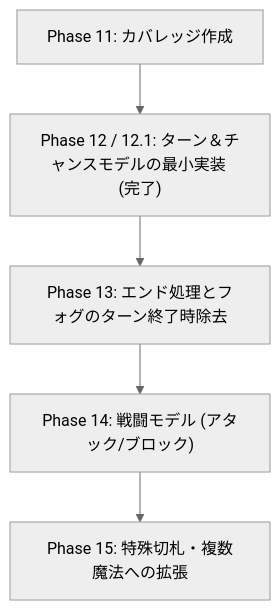
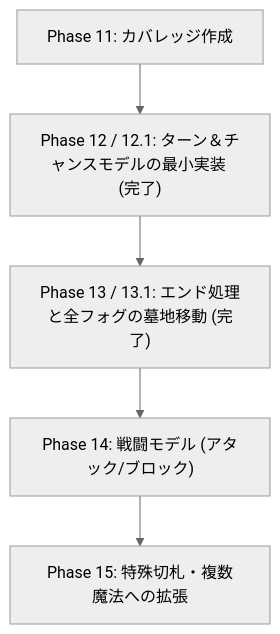
One commit to BlackPoker/BlackPoker changed the diagram in tools/simulator/docs/rules-vnext-coverage.md. Above: the diagram before and after it, drawn with Mermaid (neutral theme). The commit also changed other lines of this file and 5 other files, not shown here.

````diff
--- a/tools/simulator/docs/rules-vnext-coverage.md
+++ b/tools/simulator/docs/rules-vnext-coverage.md
@@ -167,7 +167,7 @@
 ```mermaid
 graph TD
     A["Phase 11: カバレッジ作成"] --> B["Phase 12 / 12.1: ターン＆チャンスモデルの最小実装 (完了)"]
-    B --> C["Phase 13: エンド処理とフォグのターン終了時除去"]
+    B --> C["Phase 13 / 13.1: エンド処理と全フォグの墓地移動 (完了)"]
     C --> D["Phase 14: 戦闘モデル (アタック/ブロック)"]
     D --> E["Phase 15: 特殊切札・複数魔法への拡張"]
 ```
````
